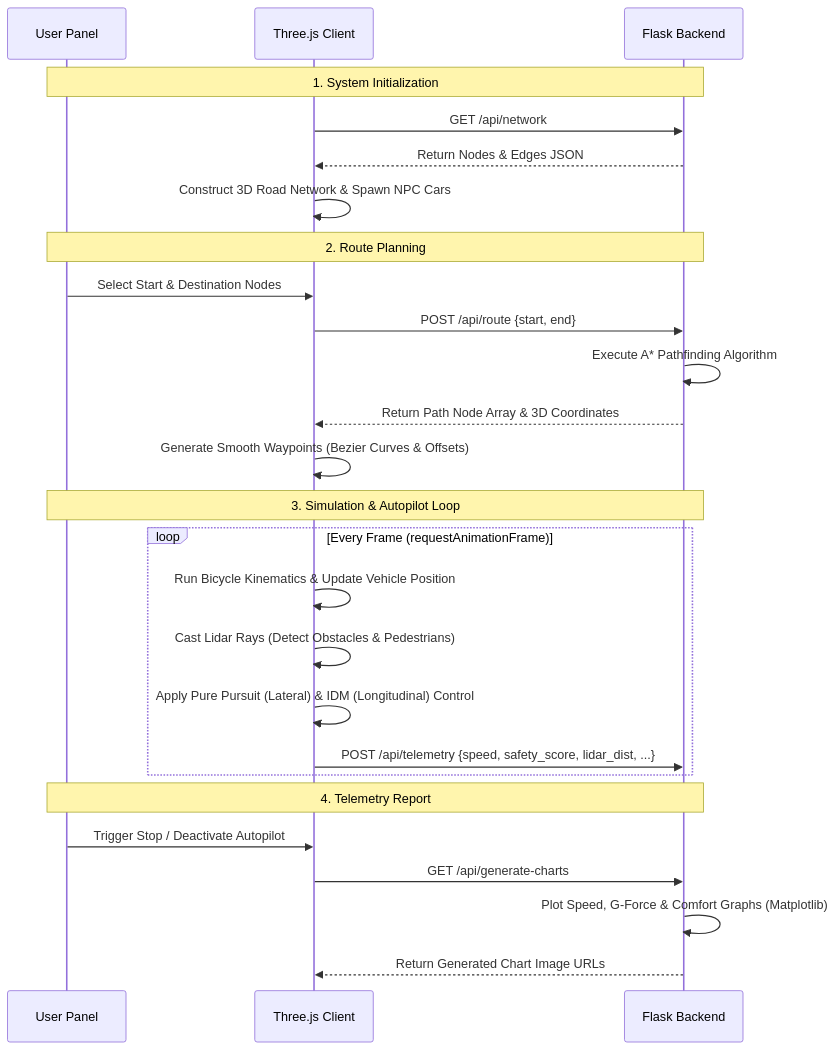
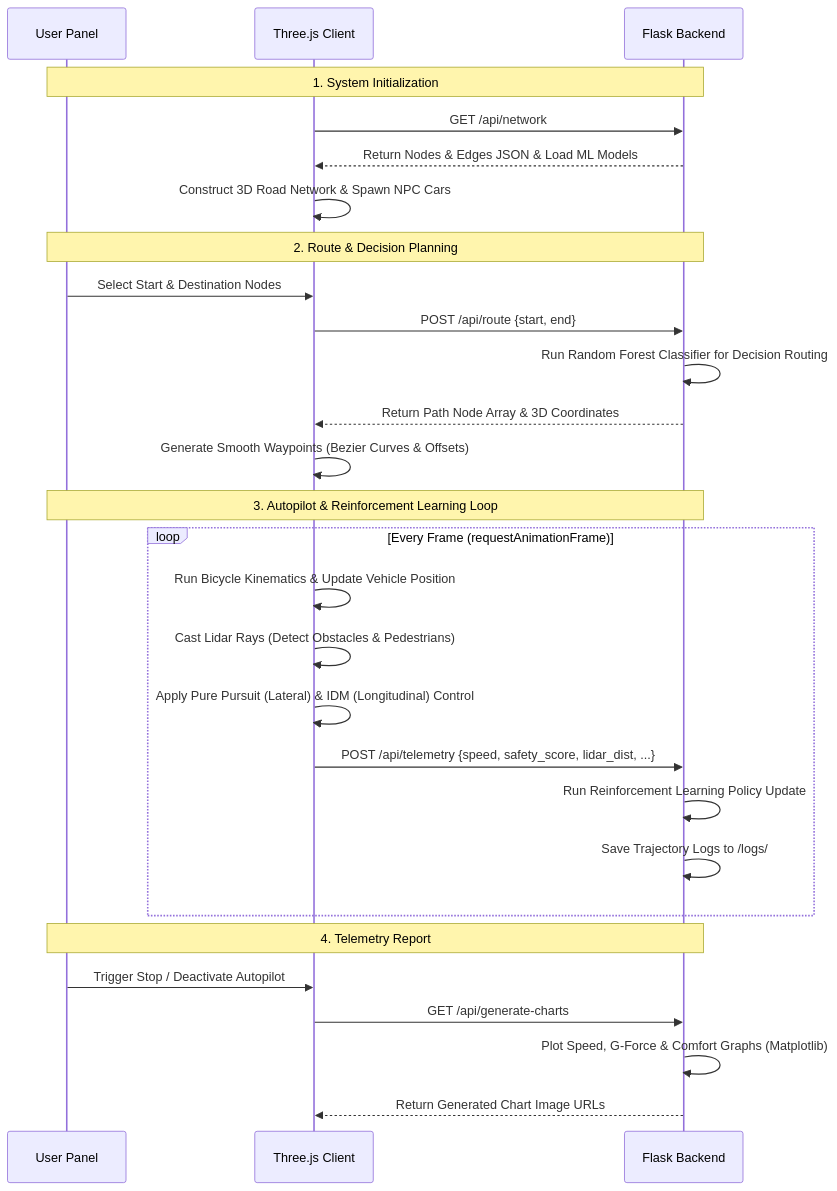
The first of 6 diagrams in README.md (Debarshi-IT/Final-Year-Main-Project), drawn with Mermaid before and after one commit. The commit also changed other lines of this file, not shown here.

````diff
--- a/README.md
+++ b/README.md
@@ -261,32 +265,34 @@
 ```mermaid
 sequenceDiagram
     participant User as User Panel
     participant Client as Three.js Client
     participant Server as Flask Backend
     
     Note over User, Server: 1. System Initialization
     Client->>Server: GET /api/network
-    Server-->>Client: Return Nodes & Edges JSON
+    Server-->>Client: Return Nodes & Edges JSON & Load ML Models
     Client->>Client: Construct 3D Road Network & Spawn NPC Cars
 
-    Note over User, Server: 2. Route Planning
+    Note over User, Server: 2. Route & Decision Planning
     User->>Client: Select Start & Destination Nodes
     Client->>Server: POST /api/route {start, end}
-    Server->>Server: Execute A* Pathfinding Algorithm
+    Server->>Server: Run Random Forest Classifier for Decision Routing
     Server-->>Client: Return Path Node Array & 3D Coordinates
     Client->>Client: Generate Smooth Waypoints (Bezier Curves & Offsets)
 
-    Note over User, Server: 3. Simulation & Autopilot Loop
+    Note over User, Server: 3. Autopilot & Reinforcement Learning Loop
     loop Every Frame (requestAnimationFrame)
         Client->>Client: Run Bicycle Kinematics & Update Vehicle Position
         Client->>Client: Cast Lidar Rays (Detect Obstacles & Pedestrians)
         Client->>Client: Apply Pure Pursuit (Lateral) & IDM (Longitudinal) Control
         Client->>Server: POST /api/telemetry {speed, safety_score, lidar_dist, ...}
+        Server->>Server: Run Reinforcement Learning Policy Update
+        Server->>Server: Save Trajectory Logs to /logs/
     end
 
     Note over User, Server: 4. Telemetry Report
     User->>Client: Trigger Stop / Deactivate Autopilot
     Client->>Server: GET /api/generate-charts
     Server->>Server: Plot Speed, G-Force & Comfort Graphs (Matplotlib)
     Server-->>Client: Return Generated Chart Image URLs
 ```
````
